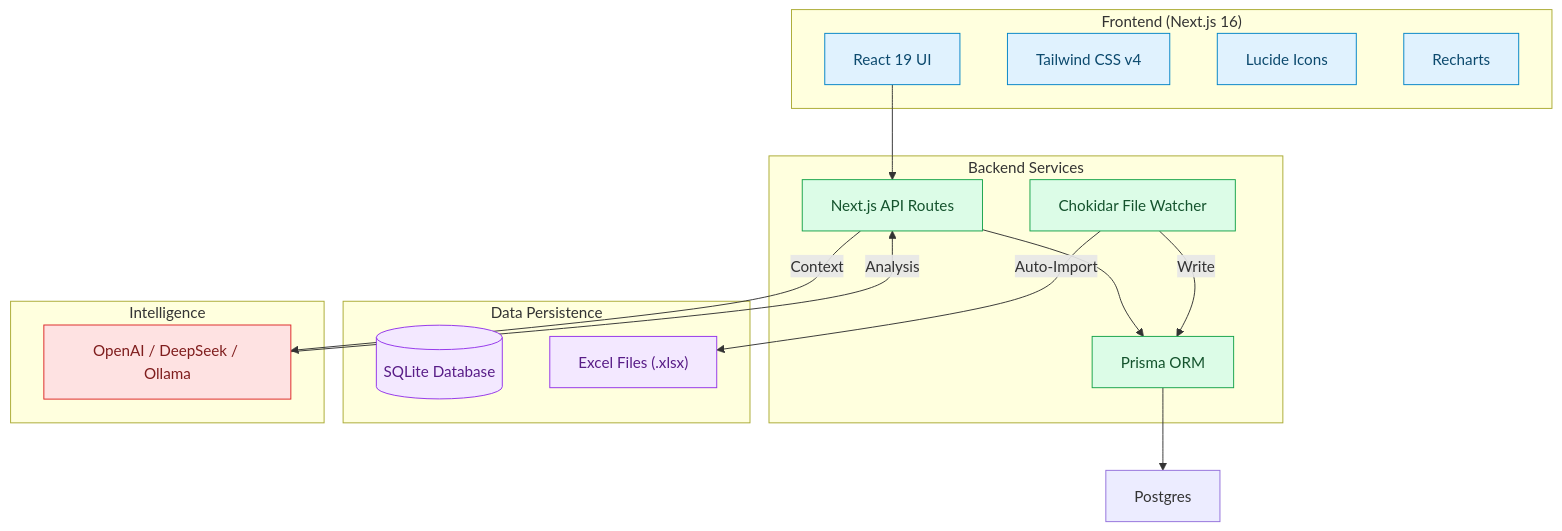
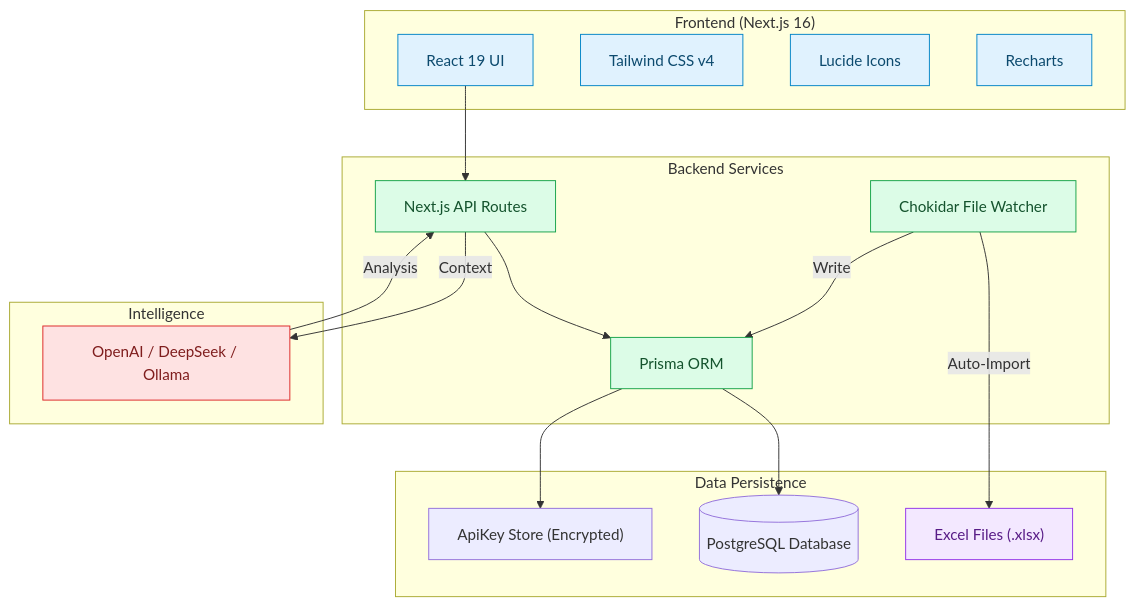
The second of 2 diagrams in README.md (Tropical8818/iProTraX), drawn with Mermaid before and after one commit. The commit also changed other lines of this file and 14 other files, not shown here.

Commit message:
feat: implement External REST API v1, API key management UI, and updated documentation

````diff
--- a/README.md
+++ b/README.md
@@ -158,44 +168,46 @@
 ```mermaid
 flowchart TB
     subgraph Client ["Frontend (Next.js 16)"]
         UI[React 19 UI]
         TW[Tailwind CSS v4]
         Icon[Lucide Icons]
         Chart[Recharts]
     end
 
     subgraph Server ["Backend Services"]
         API[Next.js API Routes]
         Watcher[Chokidar File Watcher]
         Prisma[Prisma ORM]
     end
 
     subgraph Data ["Data Persistence"]
-        SQLite[(SQLite Database)]
+        Postgres[(PostgreSQL Database)]
         Excel["Excel Files (.xlsx)"]
+        ApiKeyStore["ApiKey Store (Encrypted)"]
     end
 
     subgraph AI ["Intelligence"]
         OpenAI["OpenAI / DeepSeek / Ollama"]
     end
 
     %% Connections
     UI --> API
     API --> Prisma
     Prisma --> Postgres
+    Prisma --> ApiKeyStore
     Watcher -->|Auto-Import| Excel
     Watcher -->|Write| Prisma
     API -->|Context| OpenAI
     OpenAI -->|Analysis| API
 
     %% Styling
     classDef fe fill:#e0f2fe,stroke:#0284c7,color:#0c4a6e;
     classDef be fill:#dcfce7,stroke:#16a34a,color:#14532d;
     classDef db fill:#f3e8ff,stroke:#9333ea,color:#581c87;
     classDef ai fill:#fee2e2,stroke:#dc2626,color:#7f1d1d;
 
     class UI,TW,Icon,Chart fe;
     class API,Watcher,Prisma be;
     class SQLite,Excel db;
     class OpenAI ai;
 ```
````
